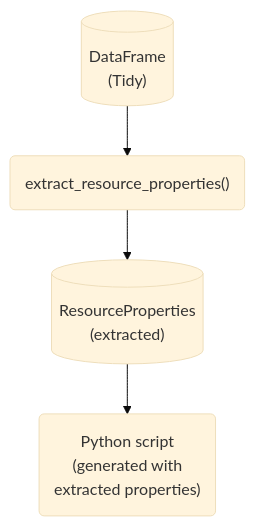
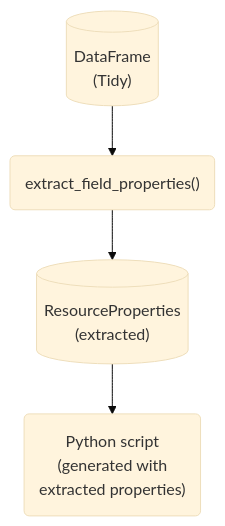
The second of 9 diagrams in docs/design/interface/flows.qmd (seedcase-project/seedcase-sprout), drawn with Mermaid (base theme) before and after one commit. The commit also changed other lines of this file and 3 other files, not shown here.

First line of the commit message:
docs: :pencil2: rename leftovers and move `field_properties` into `ResourceProperties` (#1446)

````diff
--- a/docs/design/interface/flows.qmd
+++ b/docs/design/interface/flows.qmd
@@ -75,14 +75,14 @@
 ```{mermaid}
 %%| label: fig-flow-extract-resource-properties
 %%| fig-cap: "Diagram showing the flow of objects and functions to extract resource properties from data."
 %%| fig-alt: "A flow diagram showing the steps to extract resource properties from data."
 flowchart
     data[("DataFrame<br>(Tidy)")]
     properties_extracted[("ResourceProperties<br>(extracted)")]
-    extract_resource_properties("extract_resource_properties()")
+    extract_field_properties("extract_field_properties()")
     python_script("Python script<br>(generated with<br>extracted properties)")
 
-    data --> extract_resource_properties
-    extract_resource_properties --> properties_extracted
+    data --> extract_field_properties
+    extract_field_properties --> properties_extracted
     properties_extracted --> python_script
 ```
````
